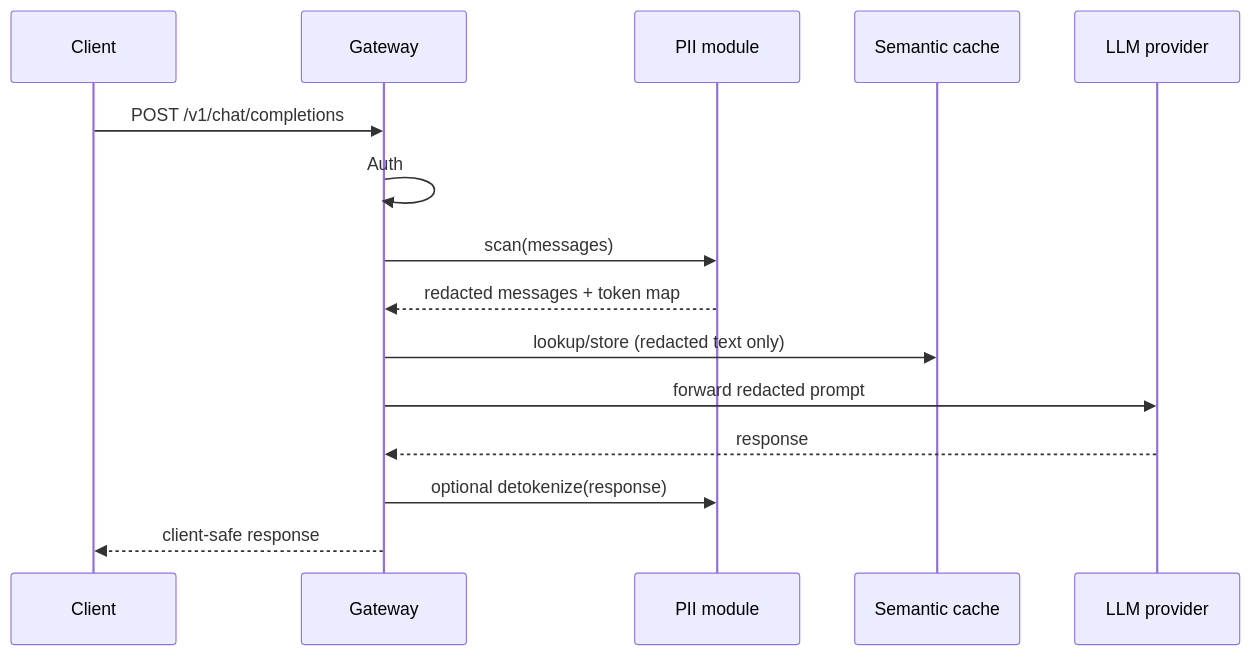
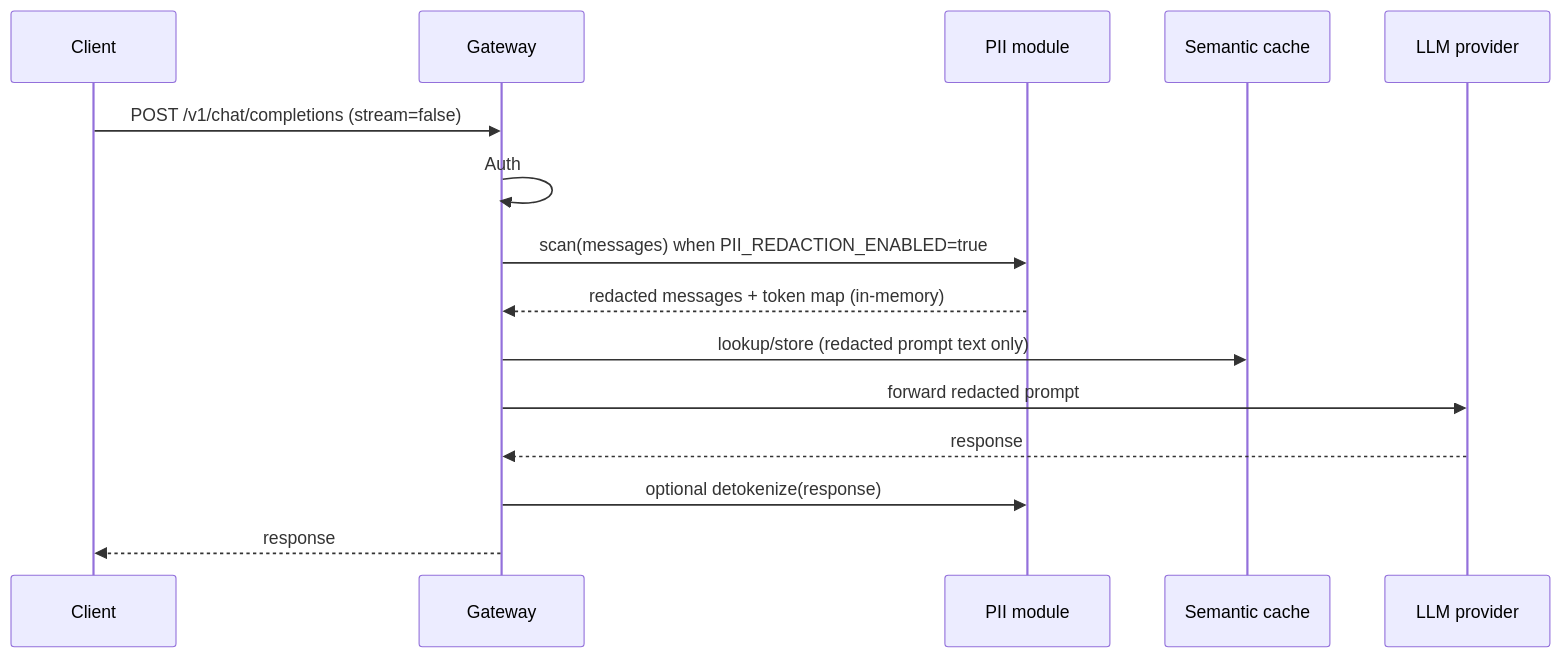
One commit to AseelHerzallah1/llm-gateway changed the diagram in docs/PII.md. Above: the diagram before and after it, drawn with Mermaid. The commit also changed other lines of this file and 23 other files, not shown here.

````diff
--- a/docs/PII.md
+++ b/docs/PII.md
@@ -48,18 +39,18 @@
 ```mermaid
 sequenceDiagram
     participant C as Client
     participant G as Gateway
     participant PII as PII module
     participant Cache as Semantic cache
     participant O as LLM provider
 
-    C->>G: POST /v1/chat/completions
+    C->>G: POST /v1/chat/completions (stream=false)
     G->>G: Auth
-    G->>PII: scan(messages)
-    PII-->>G: redacted messages + token map
-    G->>Cache: lookup/store (redacted text only)
+    G->>PII: scan(messages) when PII_REDACTION_ENABLED=true
+    PII-->>G: redacted messages + token map (in-memory)
+    G->>Cache: lookup/store (redacted prompt text only)
     G->>O: forward redacted prompt
     O-->>G: response
     G->>PII: optional detokenize(response)
-    G-->>C: client-safe response
+    G-->>C: response
 ```
````
